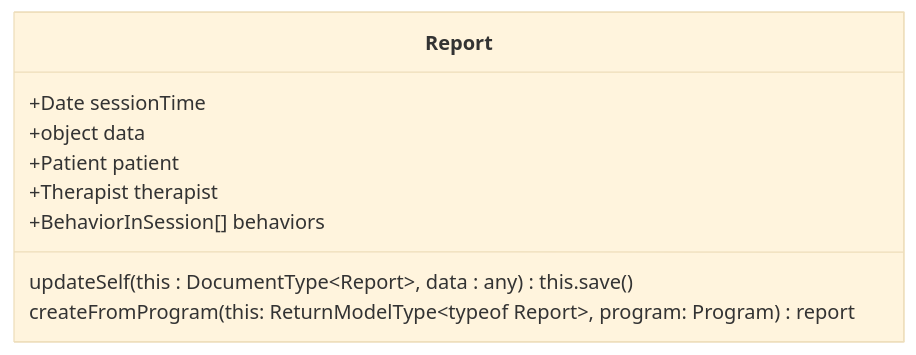
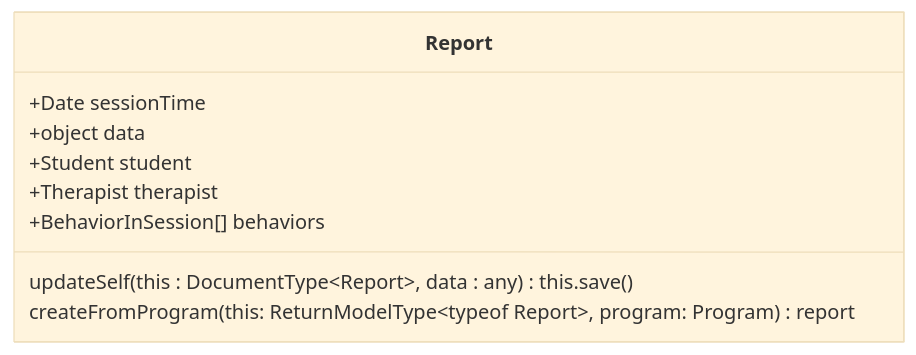
One commit to UTDallasEPICS/ATC-Patient-Data changed the sixth of 7 diagrams in Documentation/Model Schemas.md. Above: the diagram before and after it, drawn with Mermaid (base theme). The commit also changed other lines of this file and 9 other files, not shown here.

````diff
--- a/Documentation/Model Schemas.md
+++ b/Documentation/Model Schemas.md
@@ -97,13 +97,13 @@
 ```mermaid
 classDiagram
     class Report {
         +Date sessionTime
         +object data
-        +Patient patient
+        +Student student
         +Therapist therapist
         +BehaviorInSession[] behaviors
 
         updateSelf(this : DocumentType~Report~, data : any) : this.save()
         createFromProgram(this: ReturnModelType~typeof Report~, program: Program) report
     }
 ```
````
